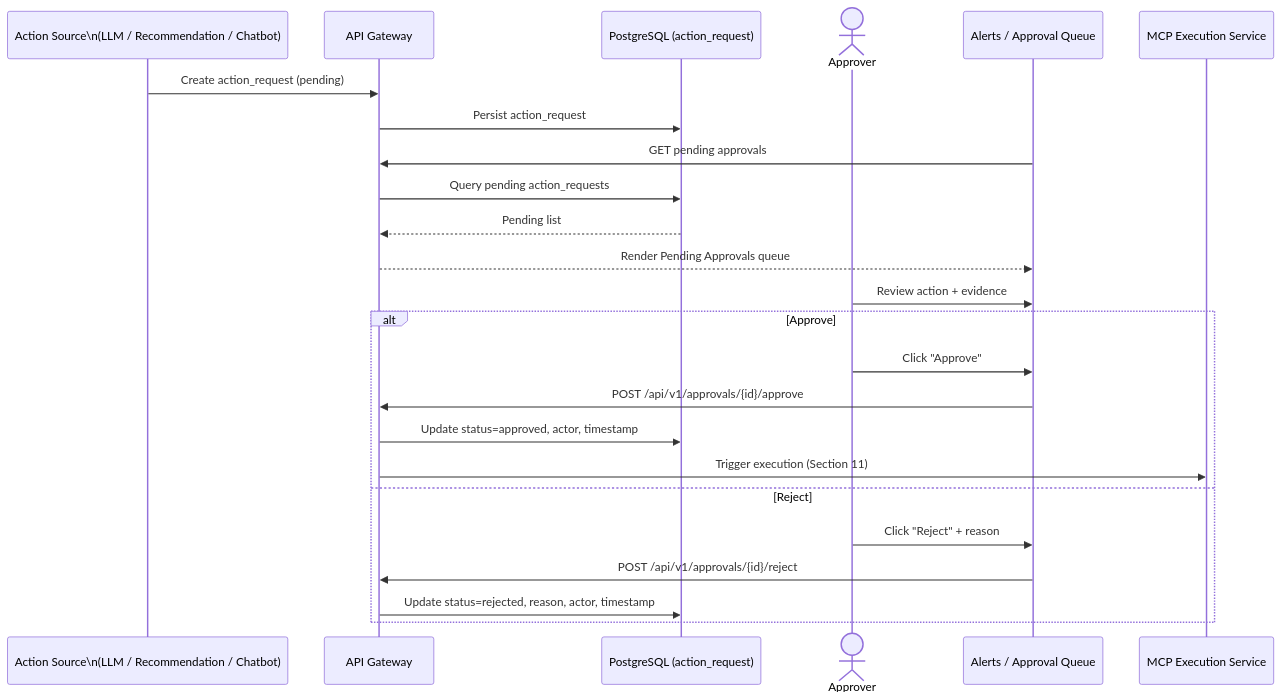
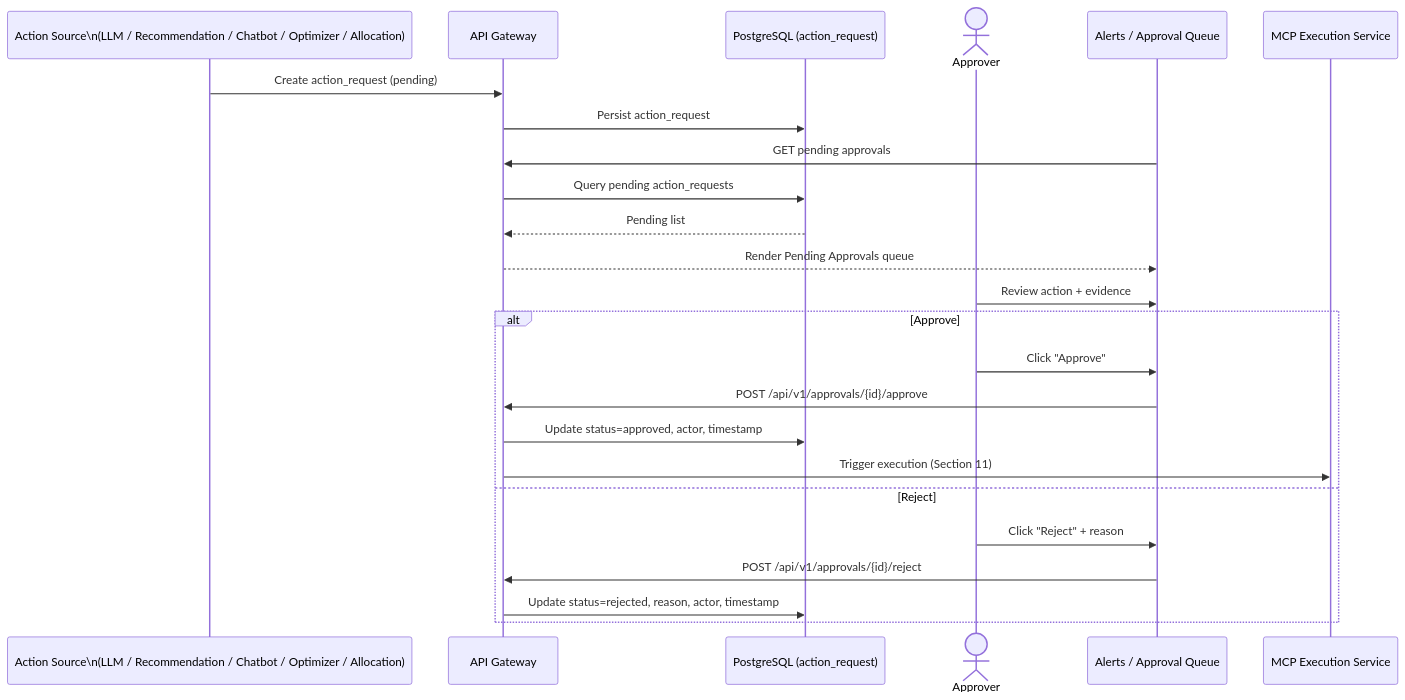
Before and after one commit to murali-ftw/ChainPilot: the sixth of 15 diagrams in docs/04_Application_Flow.md, drawn with Mermaid. The commit also changed other lines of this file and 17 other files, not shown here.

````diff
--- a/docs/04_Application_Flow.md
+++ b/docs/04_Application_Flow.md
@@ -197,27 +208,27 @@
 ```mermaid
 sequenceDiagram
-    participant SRC as Action Source\n(LLM / Recommendation / Chatbot)
+    participant SRC as Action Source\n(LLM / Recommendation / Chatbot / Optimizer / Allocation)
     participant GW as API Gateway
     participant PG as PostgreSQL (action_request)
     actor K as Approver
     participant FE as Alerts / Approval Queue
     participant MCP as MCP Execution Service
 
     SRC->>GW: Create action_request (pending)
     GW->>PG: Persist action_request
     FE->>GW: GET pending approvals
     GW->>PG: Query pending action_requests
     PG-->>GW: Pending list
     GW-->>FE: Render Pending Approvals queue
     K->>FE: Review action + evidence
     alt Approve
         K->>FE: Click "Approve"
         FE->>GW: POST /api/v1/approvals/{id}/approve
         GW->>PG: Update status=approved, actor, timestamp
         GW->>MCP: Trigger execution (Section 11)
     else Reject
         K->>FE: Click "Reject" + reason
         FE->>GW: POST /api/v1/approvals/{id}/reject
         GW->>PG: Update status=rejected, reason, actor, timestamp
     end
 ```
````
